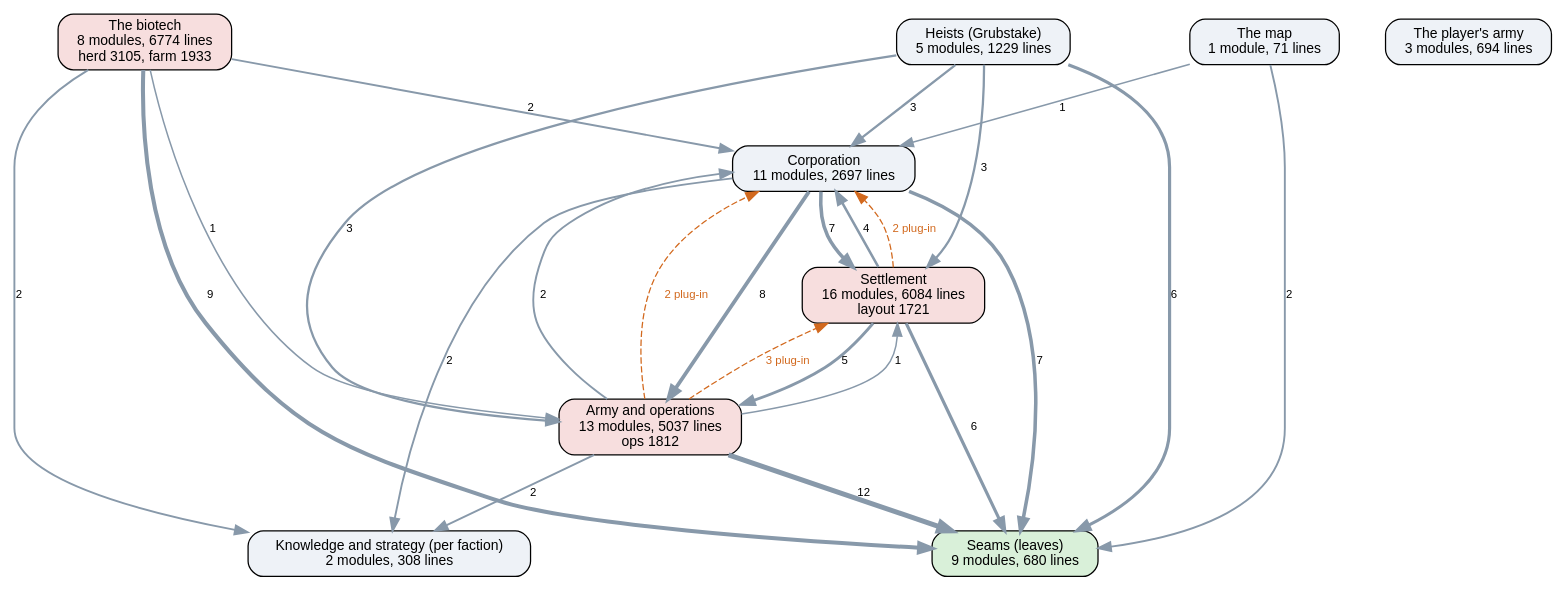
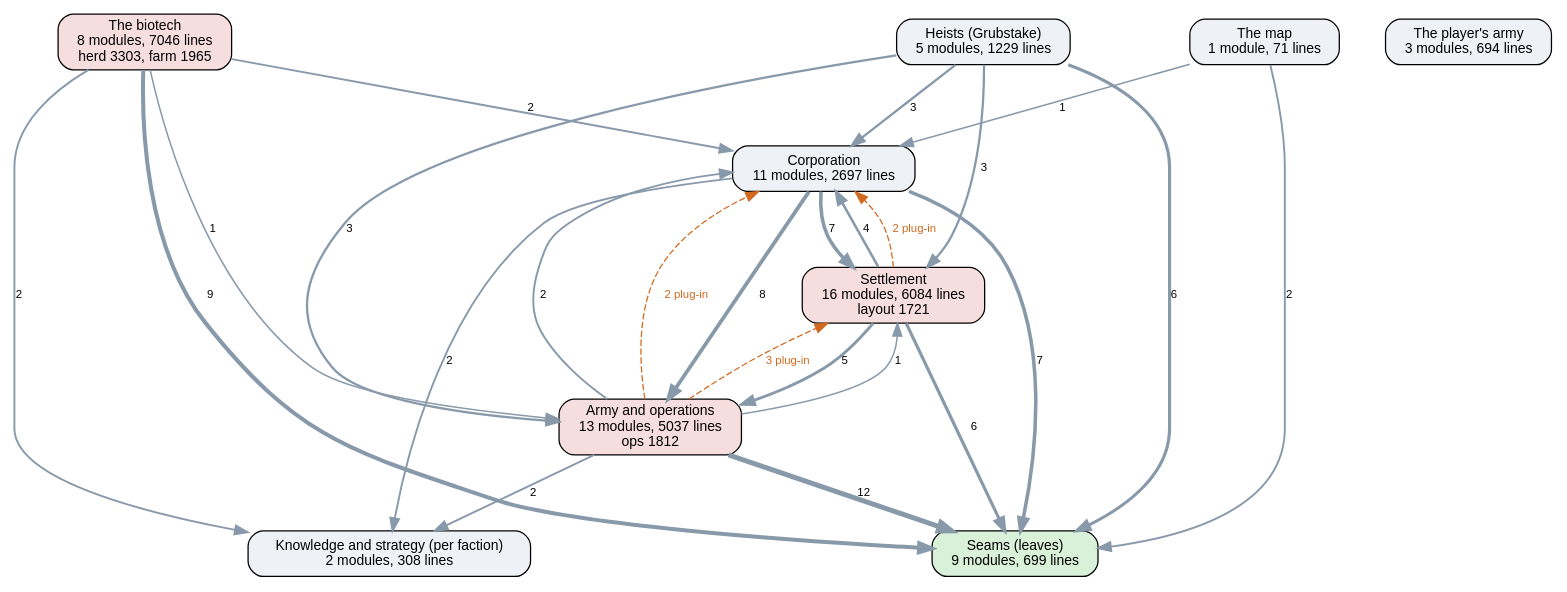
One commit to kinelhu/landing-party changed the diagram in docs/ai-layers.dot. Above: the diagram before and after it, drawn with Graphviz. The commit also changed 22 other files, not shown here.

```diff
--- a/docs/ai-layers.dot
+++ b/docs/ai-layers.dot
@@ -1,38 +1,38 @@
 digraph layers {
   graph [rankdir=TB, fontname="Helvetica", nodesep=0.5, ranksep=0.7];
   node [shape=box, style="rounded,filled", fontname="Helvetica", fontsize=11, fillcolor="#eef2f7"];
   edge [color="#8899aa", fontname="Helvetica", fontsize=9];
-  "Seams (leaves)" [label="Seams (leaves)\n9 modules, 680 lines", fillcolor="#d9f0d9"];
+  "Seams (leaves)" [label="Seams (leaves)\n9 modules, 699 lines", fillcolor="#d9f0d9"];
   "Knowledge and strategy (per faction)" [label="Knowledge and strategy (per faction)\n2 modules, 308 lines", fillcolor="#eef2f7"];
   "Corporation" [label="Corporation\n11 modules, 2697 lines", fillcolor="#eef2f7"];
   "Settlement" [label="Settlement\n16 modules, 6084 lines\nlayout 1721", fillcolor="#f7dede"];
   "Army and operations" [label="Army and operations\n13 modules, 5037 lines\nops 1812", fillcolor="#f7dede"];
   "Heists (Grubstake)" [label="Heists (Grubstake)\n5 modules, 1229 lines", fillcolor="#eef2f7"];
-  "The biotech" [label="The biotech\n8 modules, 6774 lines\nherd 3105, farm 1933", fillcolor="#f7dede"];
+  "The biotech" [label="The biotech\n8 modules, 7046 lines\nherd 3303, farm 1965", fillcolor="#f7dede"];
   "The map" [label="The map\n1 module, 71 lines", fillcolor="#eef2f7"];
   "The player's army" [label="The player's army\n3 modules, 694 lines", fillcolor="#eef2f7"];
   "Army and operations" -> "Corporation" [label="2", penwidth=1.5];
   "Army and operations" -> "Knowledge and strategy (per faction)" [label="2", penwidth=1.5];
   "Army and operations" -> "Seams (leaves)" [label="12", penwidth=4.0];
   "Army and operations" -> "Settlement" [label="1", penwidth=1.2];
   "Corporation" -> "Army and operations" [label="8", penwidth=3.0];
   "Corporation" -> "Knowledge and strategy (per faction)" [label="2", penwidth=1.5];
   "Corporation" -> "Seams (leaves)" [label="7", penwidth=2.8];
   "Corporation" -> "Settlement" [label="7", penwidth=2.8];
   "Heists (Grubstake)" -> "Army and operations" [label="3", penwidth=1.8];
   "Heists (Grubstake)" -> "Corporation" [label="3", penwidth=1.8];
   "Heists (Grubstake)" -> "Seams (leaves)" [label="6", penwidth=2.5];
   "Heists (Grubstake)" -> "Settlement" [label="3", penwidth=1.8];
   "Settlement" -> "Army and operations" [label="5", penwidth=2.2];
   "Settlement" -> "Corporation" [label="4", penwidth=2.0];
   "Settlement" -> "Seams (leaves)" [label="6", penwidth=2.5];
   "The biotech" -> "Army and operations" [label="1", penwidth=1.2];
   "The biotech" -> "Corporation" [label="2", penwidth=1.5];
   "The biotech" -> "Knowledge and strategy (per faction)" [label="2", penwidth=1.5];
   "The biotech" -> "Seams (leaves)" [label="9", penwidth=3.2];
   "The map" -> "Corporation" [label="1", penwidth=1.2];
   "The map" -> "Seams (leaves)" [label="2", penwidth=1.5];
   "Army and operations" -> "Corporation" [style=dashed, color="#d2691e", fontcolor="#d2691e", label="2 plug-in"];
   "Army and operations" -> "Settlement" [style=dashed, color="#d2691e", fontcolor="#d2691e", label="3 plug-in"];
   "Settlement" -> "Corporation" [style=dashed, color="#d2691e", fontcolor="#d2691e", label="2 plug-in"];
 }
```
